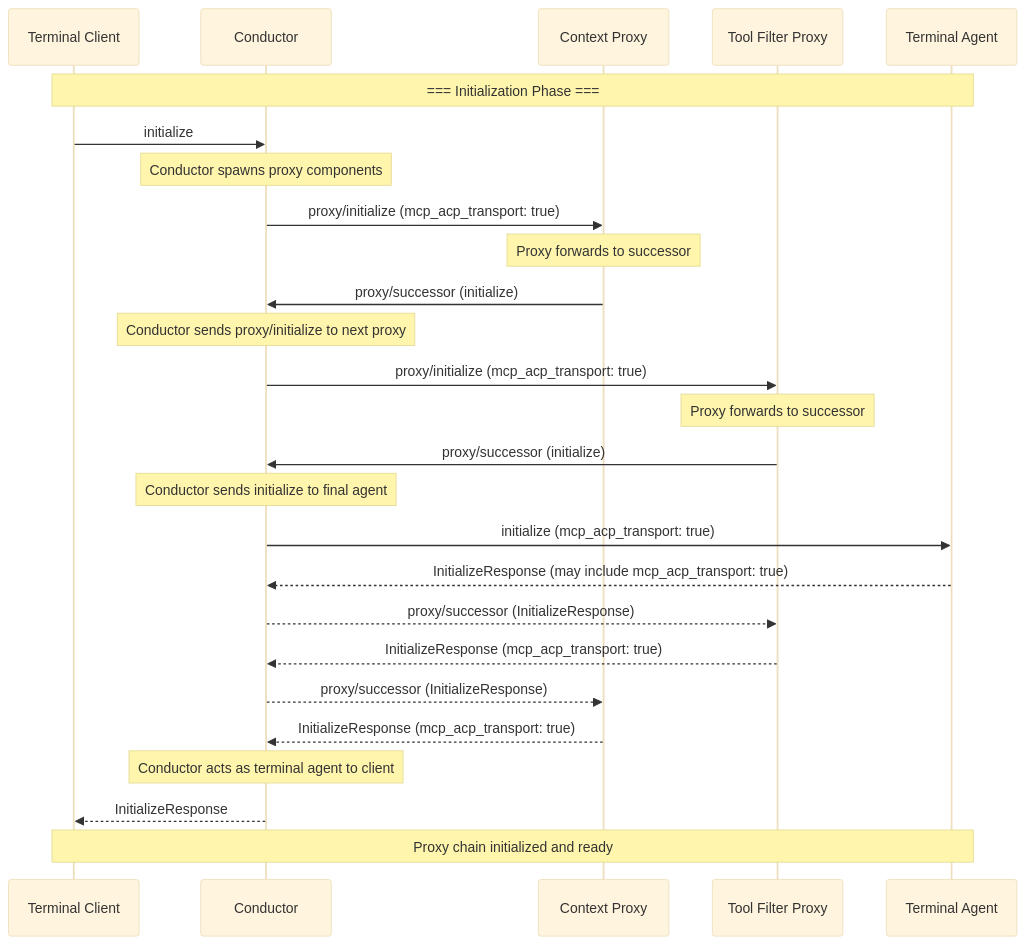
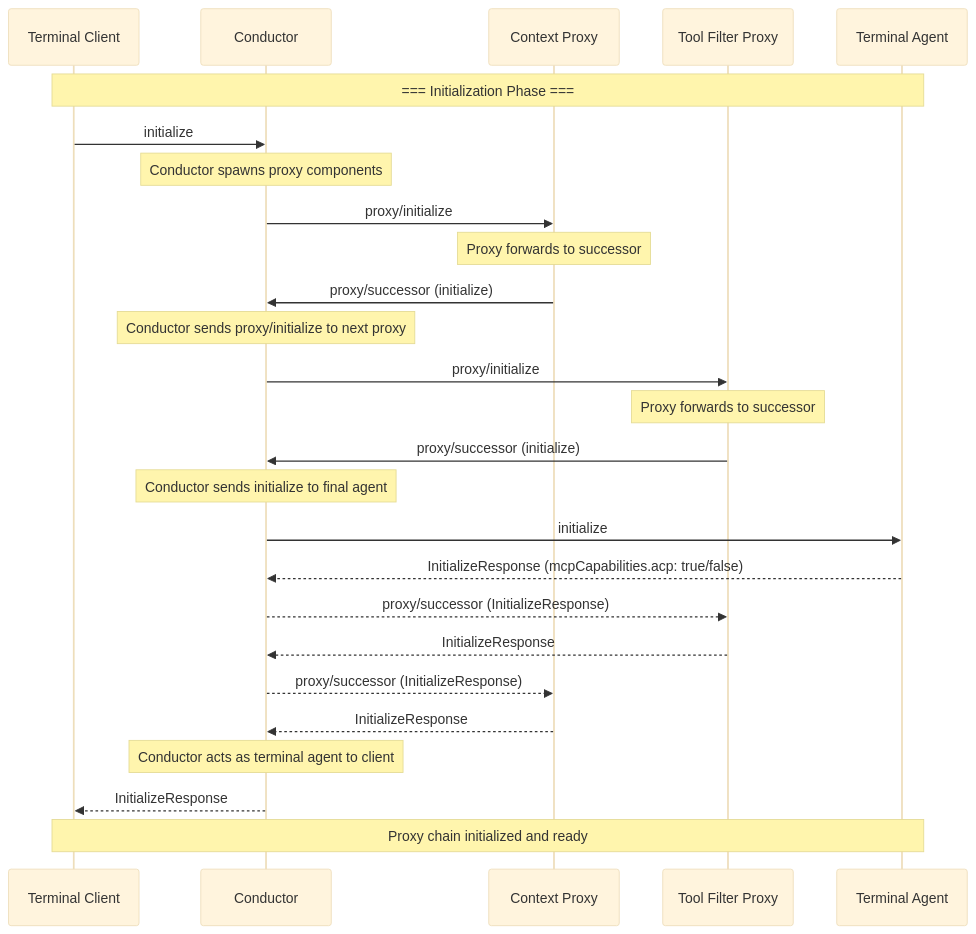
The eighth of 9 diagrams in docs/rfds/proxy-chains.mdx (agentclientprotocol/agent-client-protocol), drawn with Mermaid (base theme) before and after one commit. The commit also changed other lines of this file and 1 other file, not shown here.

First line of the commit message:
docs(rfd): Split MCP-over-ACP into separate RFD

````diff
--- a/docs/rfds/proxy-chains.mdx
+++ b/docs/rfds/proxy-chains.mdx
@@ -442,40 +329,40 @@
 ```mermaid
 sequenceDiagram
     participant TC as Terminal Client
     participant C as Conductor
     participant P1 as Context Proxy
     participant P2 as Tool Filter Proxy
     participant TA as Terminal Agent
 
     Note over TC,TA: === Initialization Phase ===
 
     TC->>C: initialize
 
     Note over C: Conductor spawns proxy components
-    C->>P1: proxy/initialize (mcp_acp_transport: true)
+    C->>P1: proxy/initialize
 
     Note over P1: Proxy forwards to successor
     P1->>C: proxy/successor (initialize)
 
     Note over C: Conductor sends proxy/initialize to next proxy
-    C->>P2: proxy/initialize (mcp_acp_transport: true)
+    C->>P2: proxy/initialize
 
     Note over P2: Proxy forwards to successor
     P2->>C: proxy/successor (initialize)
 
     Note over C: Conductor sends initialize to final agent
-    C->>TA: initialize (mcp_acp_transport: true)
+    C->>TA: initialize
 
-    TA-->>C: InitializeResponse (may include mcp_acp_transport: true)
+    TA-->>C: InitializeResponse (mcpCapabilities.acp: true/false)
     C-->>P2: proxy/successor (InitializeResponse)
 
-    P2-->>C: InitializeResponse (mcp_acp_transport: true)
+    P2-->>C: InitializeResponse
     C-->>P1: proxy/successor (InitializeResponse)
 
-    P1-->>C: InitializeResponse (mcp_acp_transport: true)
+    P1-->>C: InitializeResponse
 
     Note over C: Conductor acts as terminal agent to client
     C-->>TC: InitializeResponse
 
     Note over TC,TA: Proxy chain initialized and ready
 ```
````
